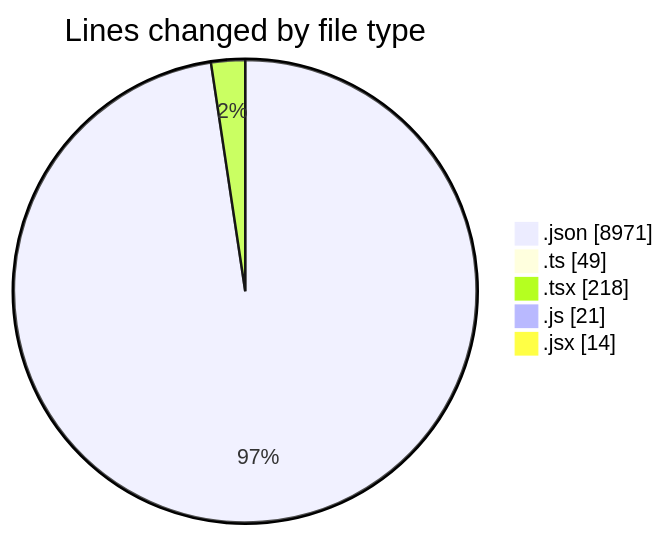
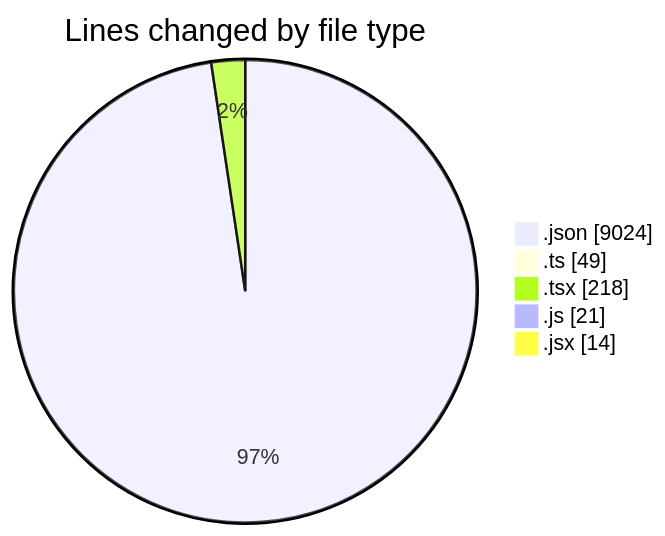
Before and after one commit to Ritupan-Deka/code-tracking: the first of 2 diagrams in 2025-05-22/expensetracker/README.md, drawn with Mermaid. The commit also changed other lines of this file and 1 other file, not shown here.

````diff
--- a/2025-05-22/expensetracker/README.md
+++ b/2025-05-22/expensetracker/README.md
@@ -26,9 +26,9 @@
 ```mermaid
 pie showData
 title Lines changed by file type
-".json" : 8971
+".json" : 9024
 ".ts" : 49
 ".tsx" : 218
 ".js" : 21
 ".jsx" : 14
 ```
````
